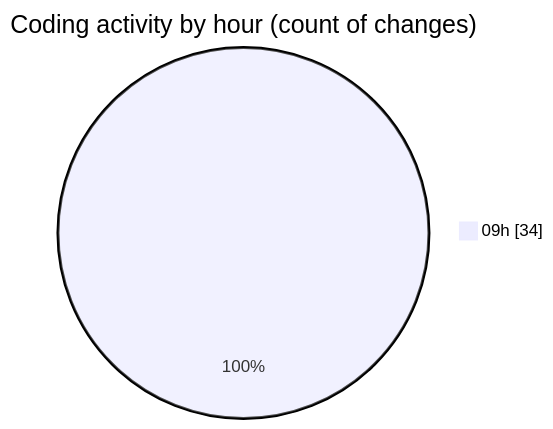
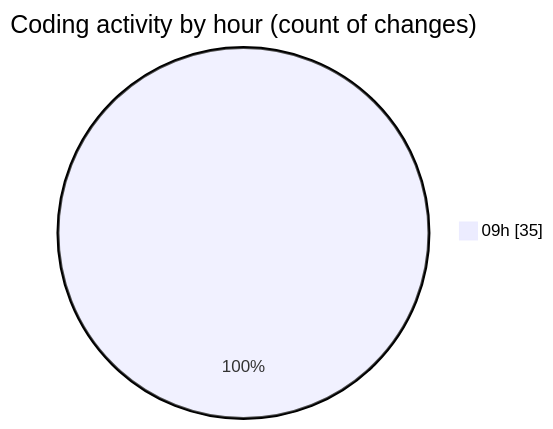
The second of 2 diagrams in 2025-11-14/cda/README.md (momahboobian/code-tracking), drawn with Mermaid before and after one commit. The commit also changed other lines of this file and 1 other file, not shown here.

````diff
--- a/2025-11-14/cda/README.md
+++ b/2025-11-14/cda/README.md
@@ -47,5 +47,5 @@
 ```mermaid
 pie showData
 title Coding activity by hour (count of changes)
-"09h" : 34
+"09h" : 35
 ```
````
